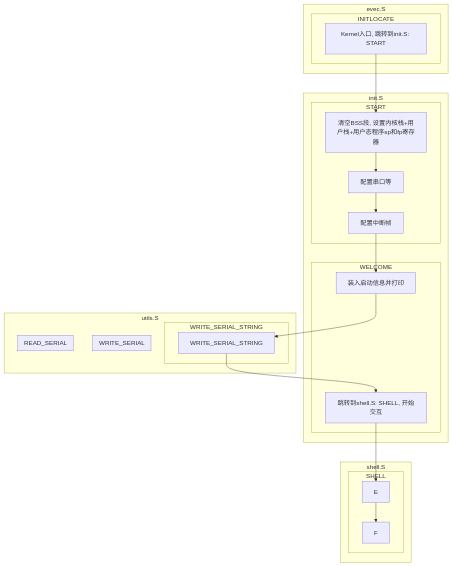
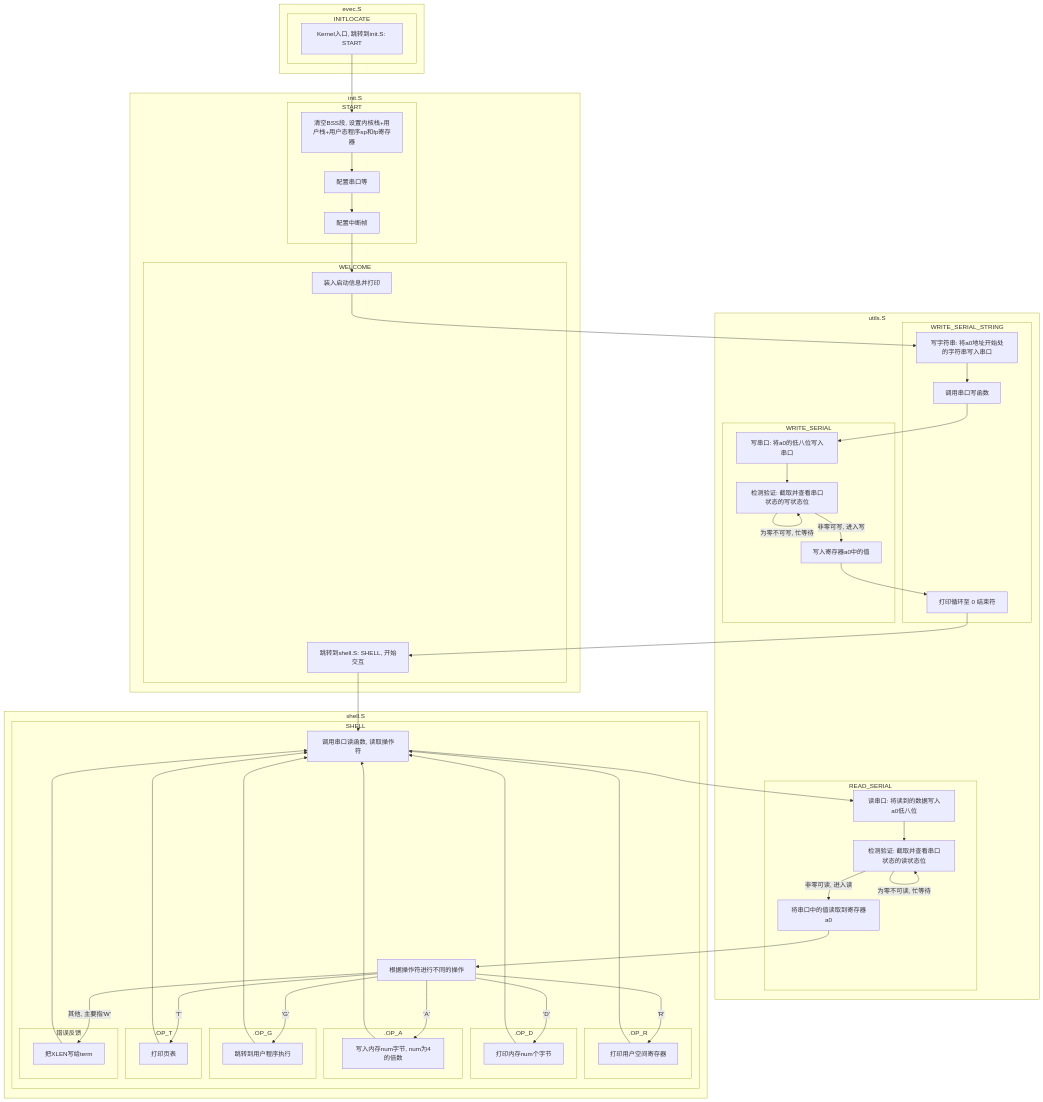
Before and after one commit to hanna0911/hanna0911.github.io: the first of 3 diagrams in _posts/2022-09-17-riscv-homework.md, drawn with Mermaid. The commit also changed other lines of this file, not shown here.

````diff
--- a/_posts/2022-09-17-riscv-homework.md
+++ b/_posts/2022-09-17-riscv-homework.md
@@ -281,27 +284,75 @@
 		
 		D3 --> E
 		
-		subgraph shell.S
-				subgraph SHELL
-						E --> F
+		subgraph utils.S
+				subgraph WRITE_SERIAL_STRING
+						D2 --> H[写字符串: 将a0地址开始处的字符串写入串口]
+						H --> H1[调用串口写函数]	
+						G[打印循环至 0 结束符]
+				end
+				
+				subgraph WRITE_SERIAL
+						H1 --> H2[写串口: 将a0的低八位写入串口]
+						H2 --> H3[检测验证: 截取并查看串口状态的写状态位]
+						H3 -->|非零可写, 进入写|H3_1[写入寄存器a0中的值]
+						H3 -->|为零不可写, 忙等待|H3
+						H3_1 --> G
+						G --> D3
+				end
+				
+								
+				subgraph READ_SERIAL
+						F[读串口: 将读到的数据写入a0低八位]
+						F --> F1[检测验证: 截取并查看串口状态的读状态位]
+						F1 -->|非零可读, 进入读|F1_1[将串口中的值读取到寄存器a0]
+						F1 -->|为零不可读, 忙等待|F1
 				end
 		end
 		
-		
-		subgraph utils.S
-				subgraph WRITE_SERIAL_STRING
-						D2 --> H[WRITE_SERIAL_STRING]
-						H --> D3
+				
+		subgraph shell.S
+				subgraph SHELL
+						E[调用串口读函数, 读取操作符] --> F
+						F1_1 --> I[根据操作符进行不同的操作]
+						
+						I -->|'R'|OP_R
+						I -->|'D'|OP_D
+						I -->|'A'|OP_A
+						I -->|'G'|OP_G
+						I -->|'T'|OP_T
+						I -->|其他, 主要指'W'|OP_OTHER
+						
+						subgraph .OP_R
+								OP_R[打印用户空间寄存器]
+						end
+						
+						subgraph .OP_D
+								OP_D[打印内存num个字节]
+						end
+						
+						subgraph .OP_A
+								OP_A[写入内存num字节, num为4的倍数]
+						end
+						
+						subgraph .OP_G
+								OP_G[跳转到用户程序执行]
+						end
+						
+						subgraph .OP_T
+								OP_T[打印页表] 
+						end
+						
+						subgraph OTHER[错误反馈]
+								OP_OTHER[把XLEN写给term] 
+						end
+						
+						OP_R --> E
+						OP_D --> E
+						OP_A --> E
+						OP_G --> E
+						OP_T --> E
+						OP_OTHER --> E
+						
 				end
-				
-				subgraph WRITE_SERIAL
-				end
-				
-				subgraph READ_SERIAL
-				end
-		end
-		
-		
-		
-		
+		end		
 ```
````
